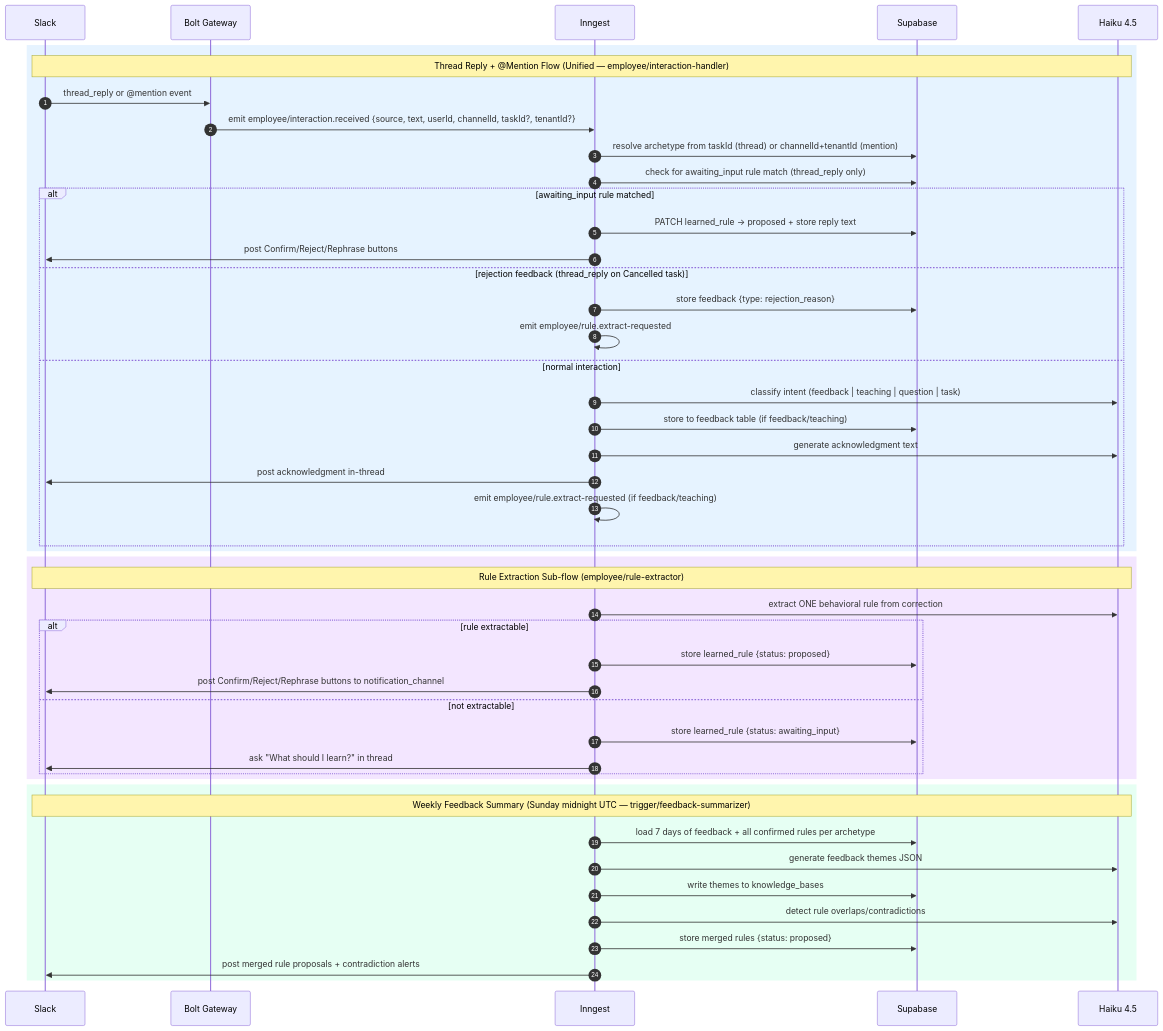
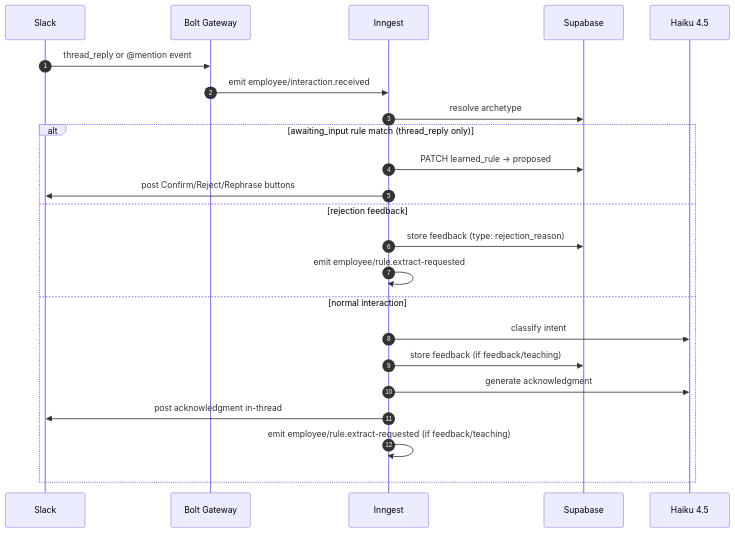
The fourth of 5 diagrams in docs/2026-04-29-2255-current-system-state.md (viiqswim/dozaldevs-ai-employee), drawn with Mermaid before and after one commit. The commit also changed other lines of this file, not shown here.

Commit message:
docs: redesign mermaid diagrams in system state snapshot for clarity

````diff
--- a/docs/2026-04-29-2255-current-system-state.md
+++ b/docs/2026-04-29-2255-current-system-state.md
@@ -508,52 +475,26 @@
 ```mermaid
 sequenceDiagram
     autonumber
     participant SL as Slack
     participant BT as Bolt Gateway
     participant IG as Inngest
     participant DB as Supabase
     participant LLM as Haiku 4.5
 
-    rect rgb(230, 243, 255)
-    Note over SL,LLM: Thread Reply + @Mention Flow (Unified — employee/interaction-handler)
     SL->>BT: thread_reply or @mention event
-    BT->>IG: emit employee/interaction.received {source, text, userId, channelId, taskId?, tenantId?}
-    IG->>DB: resolve archetype from taskId (thread) or channelId+tenantId (mention)
-    IG->>DB: check for awaiting_input rule match (thread_reply only)
-    alt awaiting_input rule matched
-        IG->>DB: PATCH learned_rule → proposed + store reply text
+    BT->>IG: emit employee/interaction.received
+    IG->>DB: resolve archetype
+    alt awaiting_input rule match (thread_reply only)
+        IG->>DB: PATCH learned_rule → proposed
         IG->>SL: post Confirm/Reject/Rephrase buttons
-    else rejection feedback (thread_reply on Cancelled task)
-        IG->>DB: store feedback {type: rejection_reason}
+    else rejection feedback
+        IG->>DB: store feedback (type: rejection_reason)
         IG->>IG: emit employee/rule.extract-requested
     else normal interaction
-        IG->>LLM: classify intent (feedback | teaching | question | task)
-        IG->>DB: store to feedback table (if feedback/teaching)
-        IG->>LLM: generate acknowledgment text
+        IG->>LLM: classify intent
+        IG->>DB: store feedback (if feedback/teaching)
+        IG->>LLM: generate acknowledgment
         IG->>SL: post acknowledgment in-thread
         IG->>IG: emit employee/rule.extract-requested (if feedback/teaching)
     end
-    end
-
-    rect rgb(243, 230, 255)
-    Note over SL,LLM: Rule Extraction Sub-flow (employee/rule-extractor)
-    IG->>LLM: extract ONE behavioral rule from correction
-    alt rule extractable
-        IG->>DB: store learned_rule {status: proposed}
-        IG->>SL: post Confirm/Reject/Rephrase buttons to notification_channel
-    else not extractable
-        IG->>DB: store learned_rule {status: awaiting_input}
-        IG->>SL: ask "What should I learn?" in thread
-    end
-    end
-
-    rect rgb(230, 255, 243)
-    Note over SL,LLM: Weekly Feedback Summary (Sunday midnight UTC — trigger/feedback-summarizer)
-    IG->>DB: load 7 days of feedback + all confirmed rules per archetype
-    IG->>LLM: generate feedback themes JSON
-    IG->>DB: write themes to knowledge_bases
-    IG->>LLM: detect rule overlaps/contradictions
-    IG->>DB: store merged rules {status: proposed}
-    IG->>SL: post merged rule proposals + contradiction alerts
-    end
 ```
````
